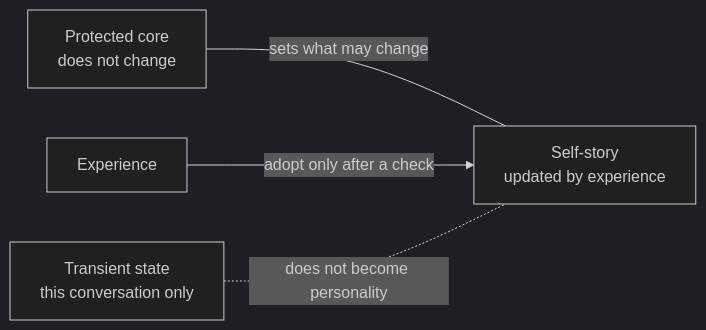
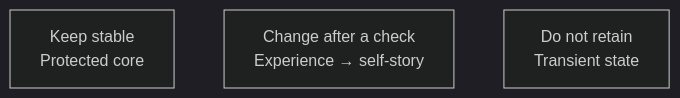
One commit to Salmonellasarduri/llm-personality-design-patterns changed the diagram in README.md. Above: the diagram before and after it, drawn with Mermaid (dark theme). The commit also changed other lines of this file and 1 other file, not shown here.

Commit message:
Make README diagram easier to scan (#4)

````diff
--- a/README.md
+++ b/README.md
@@ -11,6 +11,7 @@
 ```mermaid
 flowchart LR
-    CORE["Protected core<br/>does not change"] ---|"sets what may change"| STORY["Self-story<br/>updated by experience"]
-    EXP["Experience"] -->|"adopt only after a check"| STORY
-    STATE["Transient state<br/>this conversation only"] -.-|"does not become personality"| STORY
+    KEEP["Keep stable<br/>Protected core"]
+    CHANGE["Change after a check<br/>Experience → self-story"]
+    DROP["Do not retain<br/>Transient state"]
+    KEEP ~~~ CHANGE ~~~ DROP
 ```
````
